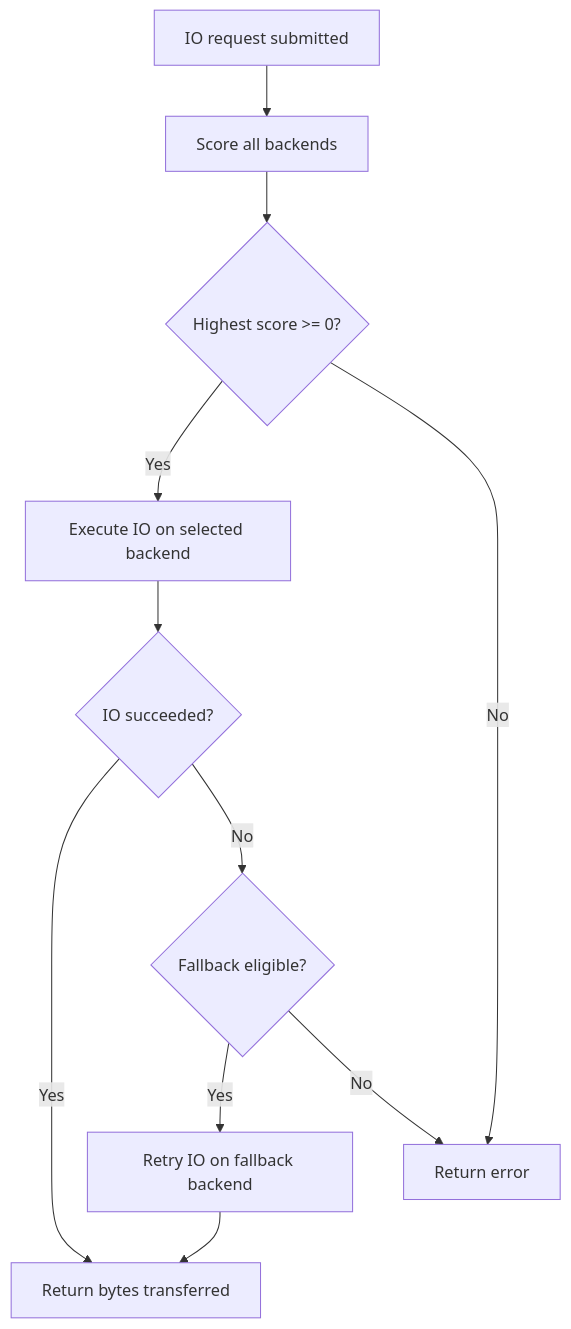
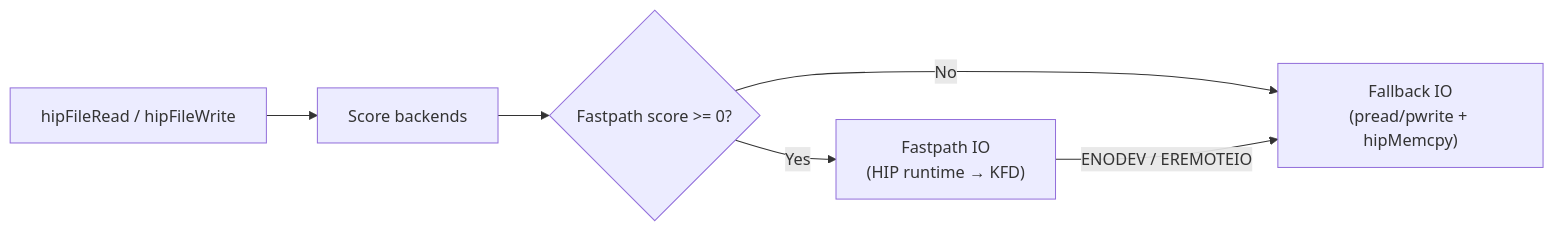
The diagram in projects/hipfile/docs/conceptual/io-backends.rst (ROCm/rocm-systems), drawn with Mermaid before and after one commit. The commit also changed other lines of this file and 57 other files, not shown here.

```diff
--- a/projects/hipfile/docs/conceptual/io-backends.rst
+++ b/projects/hipfile/docs/conceptual/io-backends.rst
@@ -78,13 +30,8 @@
 .. mermaid::
 
-   flowchart TD
-       A[IO request submitted] --> B[Score all backends]
-       B --> C{Highest score >= 0?}
-       C -- Yes --> D[Execute IO on selected backend]
-       D --> E{IO succeeded?}
-       E -- Yes --> F[Return bytes transferred]
-       E -- No --> G{Fallback eligible?}
-       G -- Yes --> H[Retry IO on fallback backend]
-       H --> F
-       G -- No --> I[Return error]
-       C -- No --> I
+   flowchart LR
+       A["hipFileRead / hipFileWrite"] --> B["Score backends"]
+       B --> C{"Fastpath score >= 0?"}
+       C -- Yes --> D["Fastpath IO\n(HIP runtime → KFD)"]
+       C -- No --> F["Fallback IO\n(pread/pwrite + hipMemcpy)"]
+       D -- "ENODEV / EREMOTEIO" --> F
```
